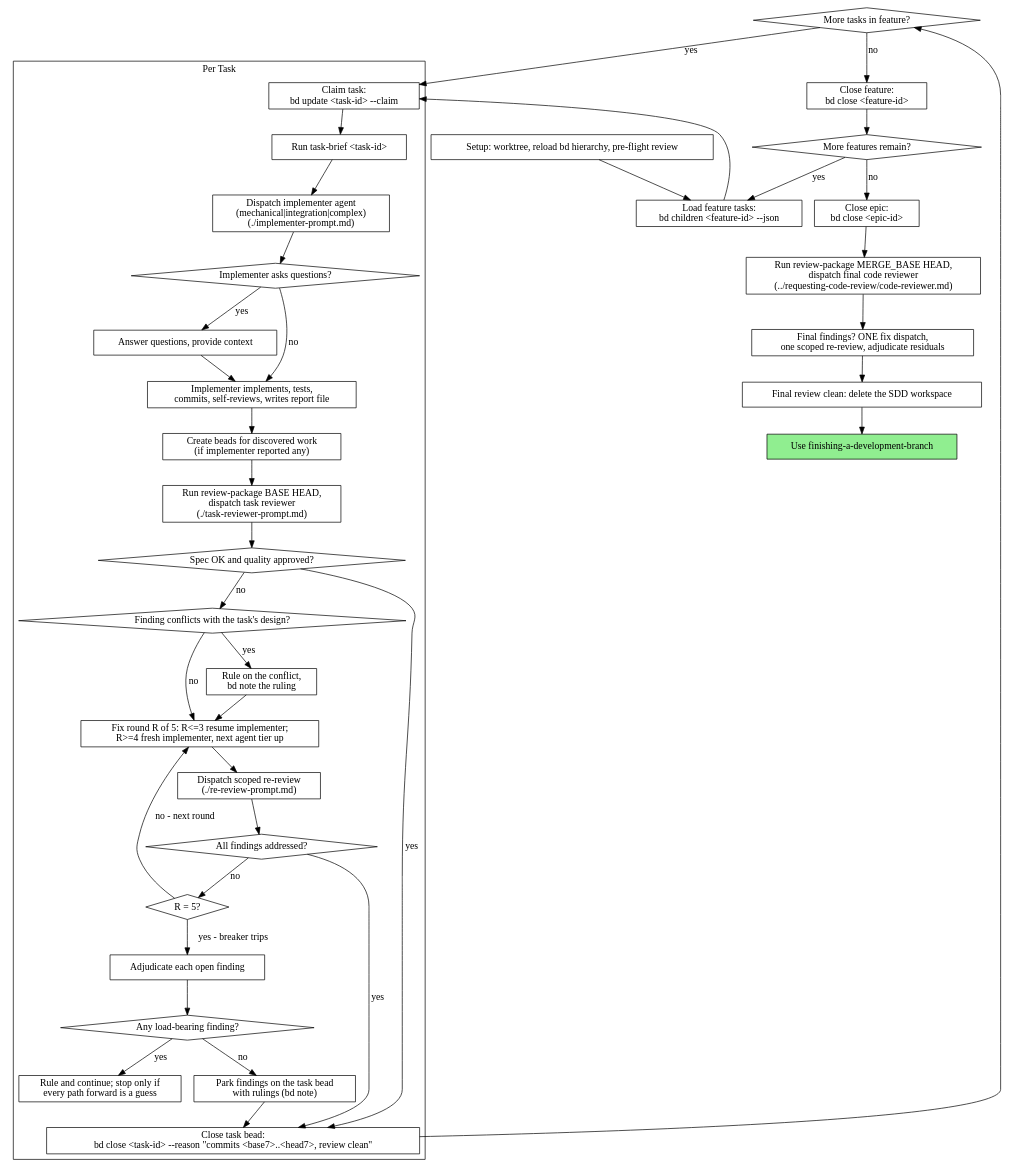
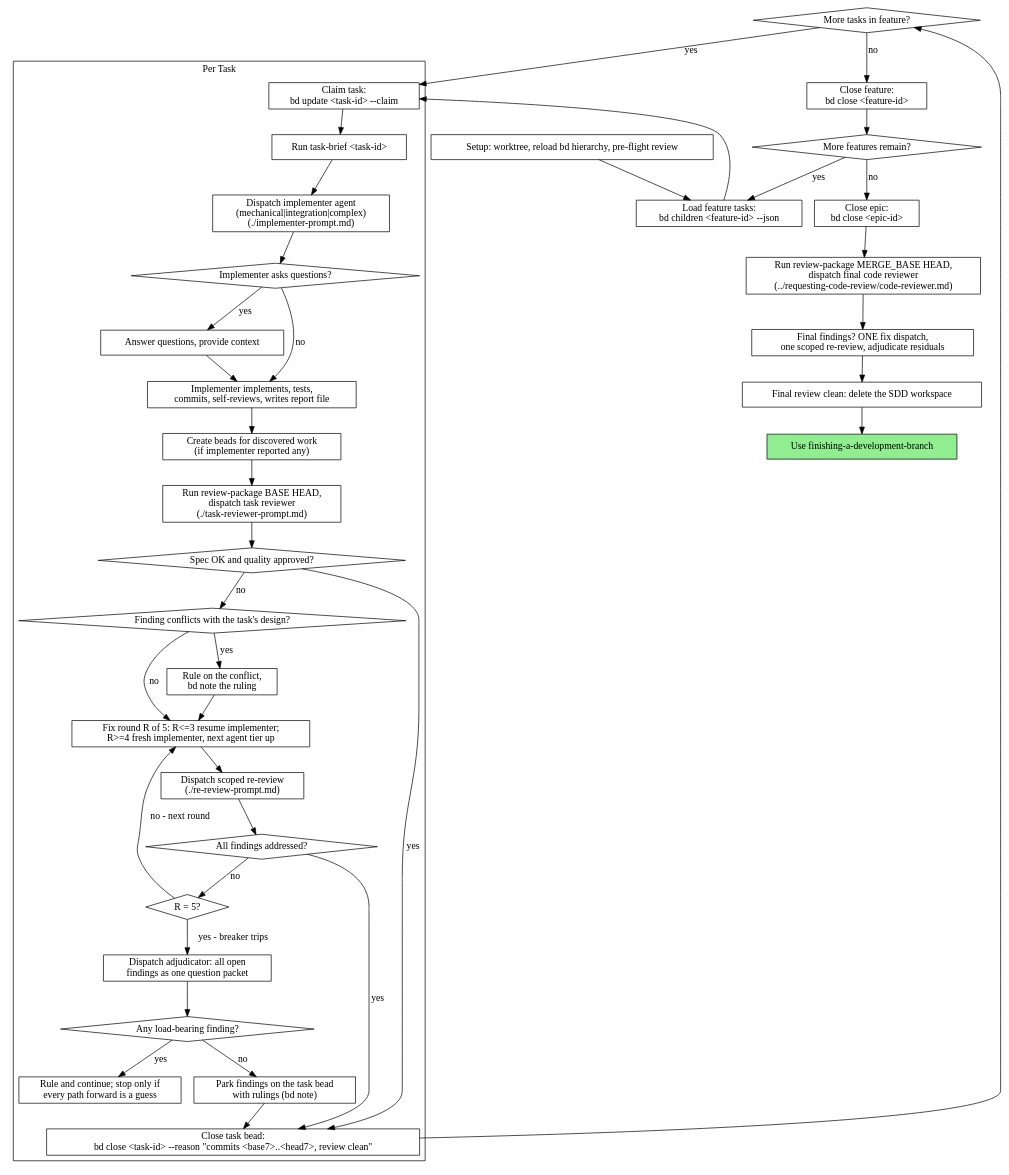
Before and after one commit to jwp23/joe-bag-of-tricks: the second of 2 diagrams in plugins/joe-bag-of-tricks/skills/subagent-driven-development/SKILL.md, drawn with Graphviz. The commit also changed other lines of this file and 9 other files, not shown here.

````diff
--- a/plugins/joe-bag-of-tricks/skills/subagent-driven-development/SKILL.md
+++ b/plugins/joe-bag-of-tricks/skills/subagent-driven-development/SKILL.md
@@ -61,77 +61,77 @@
 ```dot
 digraph process {
     rankdir=TB;
 
     subgraph cluster_per_task {
         label="Per Task";
         "Claim task:\nbd update <task-id> --claim" [shape=box];
         "Run task-brief <task-id>" [shape=box];
         "Dispatch implementer agent\n(mechanical|integration|complex)\n(./implementer-prompt.md)" [shape=box];
         "Implementer asks questions?" [shape=diamond];
         "Answer questions, provide context" [shape=box];
         "Implementer implements, tests,\ncommits, self-reviews, writes report file" [shape=box];
         "Create beads for discovered work\n(if implementer reported any)" [shape=box];
         "Run review-package BASE HEAD,\ndispatch task reviewer\n(./task-reviewer-prompt.md)" [shape=box];
         "Spec OK and quality approved?" [shape=diamond];
         "Finding conflicts with the task's design?" [shape=diamond];
         "Rule on the conflict,\nbd note the ruling" [shape=box];
         "Fix round R of 5: R<=3 resume implementer;\nR>=4 fresh implementer, next agent tier up" [shape=box];
         "Dispatch scoped re-review\n(./re-review-prompt.md)" [shape=box];
         "All findings addressed?" [shape=diamond];
         "R = 5?" [shape=diamond];
-        "Adjudicate each open finding" [shape=box];
+        "Dispatch adjudicator: all open\nfindings as one question packet" [shape=box];
         "Any load-bearing finding?" [shape=diamond];
         "Rule and continue; stop only if\nevery path forward is a guess" [shape=box];
         "Park findings on the task bead\nwith rulings (bd note)" [shape=box];
         "Close task bead:\nbd close <task-id> --reason \"commits <base7>..<head7>, review clean\"" [shape=box];
     }
 
     "Setup: worktree, reload bd hierarchy, pre-flight review" [shape=box];
     "Load feature tasks:\nbd children <feature-id> --json" [shape=box];
     "More tasks in feature?" [shape=diamond];
     "Close feature:\nbd close <feature-id>" [shape=box];
     "More features remain?" [shape=diamond];
     "Close epic:\nbd close <epic-id>" [shape=box];
     "Run review-package MERGE_BASE HEAD,\ndispatch final code reviewer\n(../requesting-code-review/code-reviewer.md)" [shape=box];
     "Final findings? ONE fix dispatch,\none scoped re-review, adjudicate residuals" [shape=box];
     "Final review clean: delete the SDD workspace" [shape=box];
     "Use finishing-a-development-branch" [shape=box style=filled fillcolor=lightgreen];
 
     "Setup: worktree, reload bd hierarchy, pre-flight review" -> "Load feature tasks:\nbd children <feature-id> --json";
     "Load feature tasks:\nbd children <feature-id> --json" -> "Claim task:\nbd update <task-id> --claim";
     "Claim task:\nbd update <task-id> --claim" -> "Run task-brief <task-id>";
     "Run task-brief <task-id>" -> "Dispatch implementer agent\n(mechanical|integration|complex)\n(./implementer-prompt.md)";
     "Dispatch implementer agent\n(mechanical|integration|complex)\n(./implementer-prompt.md)" -> "Implementer asks questions?";
     "Implementer asks questions?" -> "Answer questions, provide context" [label="yes"];
     "Answer questions, provide context" -> "Implementer implements, tests,\ncommits, self-reviews, writes report file";
     "Implementer asks questions?" -> "Implementer implements, tests,\ncommits, self-reviews, writes report file" [label="no"];
     "Implementer implements, tests,\ncommits, self-reviews, writes report file" -> "Create beads for discovered work\n(if implementer reported any)";
     "Create beads for discovered work\n(if implementer reported any)" -> "Run review-package BASE HEAD,\ndispatch task reviewer\n(./task-reviewer-prompt.md)";
     "Run review-package BASE HEAD,\ndispatch task reviewer\n(./task-reviewer-prompt.md)" -> "Spec OK and quality approved?";
     "Spec OK and quality approved?" -> "Close task bead:\nbd close <task-id> --reason \"commits <base7>..<head7>, review clean\"" [label="yes"];
     "Spec OK and quality approved?" -> "Finding conflicts with the task's design?" [label="no"];
     "Finding conflicts with the task's design?" -> "Rule on the conflict,\nbd note the ruling" [label="yes"];
     "Rule on the conflict,\nbd note the ruling" -> "Fix round R of 5: R<=3 resume implementer;\nR>=4 fresh implementer, next agent tier up";
     "Finding conflicts with the task's design?" -> "Fix round R of 5: R<=3 resume implementer;\nR>=4 fresh implementer, next agent tier up" [label="no"];
     "Fix round R of 5: R<=3 resume implementer;\nR>=4 fresh implementer, next agent tier up" -> "Dispatch scoped re-review\n(./re-review-prompt.md)";
     "Dispatch scoped re-review\n(./re-review-prompt.md)" -> "All findings addressed?";
     "All findings addressed?" -> "Close task bead:\nbd close <task-id> --reason \"commits <base7>..<head7>, review clean\"" [label="yes"];
     "All findings addressed?" -> "R = 5?" [label="no"];
     "R = 5?" -> "Fix round R of 5: R<=3 resume implementer;\nR>=4 fresh implementer, next agent tier up" [label="no - next round"];
-    "R = 5?" -> "Adjudicate each open finding" [label="yes - breaker trips"];
-    "Adjudicate each open finding" -> "Any load-bearing finding?";
+    "R = 5?" -> "Dispatch adjudicator: all open\nfindings as one question packet" [label="yes - breaker trips"];
+    "Dispatch adjudicator: all open\nfindings as one question packet" -> "Any load-bearing finding?";
     "Any load-bearing finding?" -> "Rule and continue; stop only if\nevery path forward is a guess" [label="yes"];
     "Any load-bearing finding?" -> "Park findings on the task bead\nwith rulings (bd note)" [label="no"];
     "Park findings on the task bead\nwith rulings (bd note)" -> "Close task bead:\nbd close <task-id> --reason \"commits <base7>..<head7>, review clean\"";
     "Close task bead:\nbd close <task-id> --reason \"commits <base7>..<head7>, review clean\"" -> "More tasks in feature?";
     "More tasks in feature?" -> "Claim task:\nbd update <task-id> --claim" [label="yes"];
     "More tasks in feature?" -> "Close feature:\nbd close <feature-id>" [label="no"];
     "Close feature:\nbd close <feature-id>" -> "More features remain?";
     "More features remain?" -> "Load feature tasks:\nbd children <feature-id> --json" [label="yes"];
     "More features remain?" -> "Close epic:\nbd close <epic-id>" [label="no"];
     "Close epic:\nbd close <epic-id>" -> "Run review-package MERGE_BASE HEAD,\ndispatch final code reviewer\n(../requesting-code-review/code-reviewer.md)";
     "Run review-package MERGE_BASE HEAD,\ndispatch final code reviewer\n(../requesting-code-review/code-reviewer.md)" -> "Final findings? ONE fix dispatch,\none scoped re-review, adjudicate residuals";
     "Final findings? ONE fix dispatch,\none scoped re-review, adjudicate residuals" -> "Final review clean: delete the SDD workspace";
     "Final review clean: delete the SDD workspace" -> "Use finishing-a-development-branch";
 }
 ```
````
